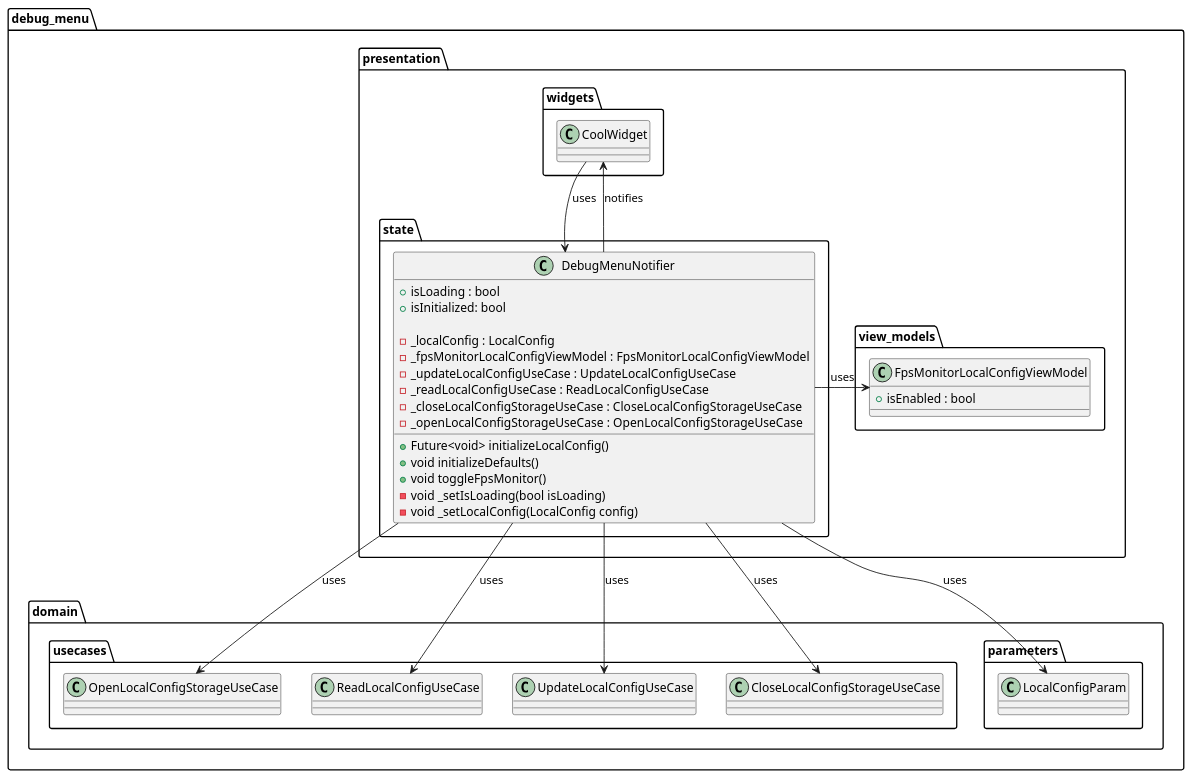
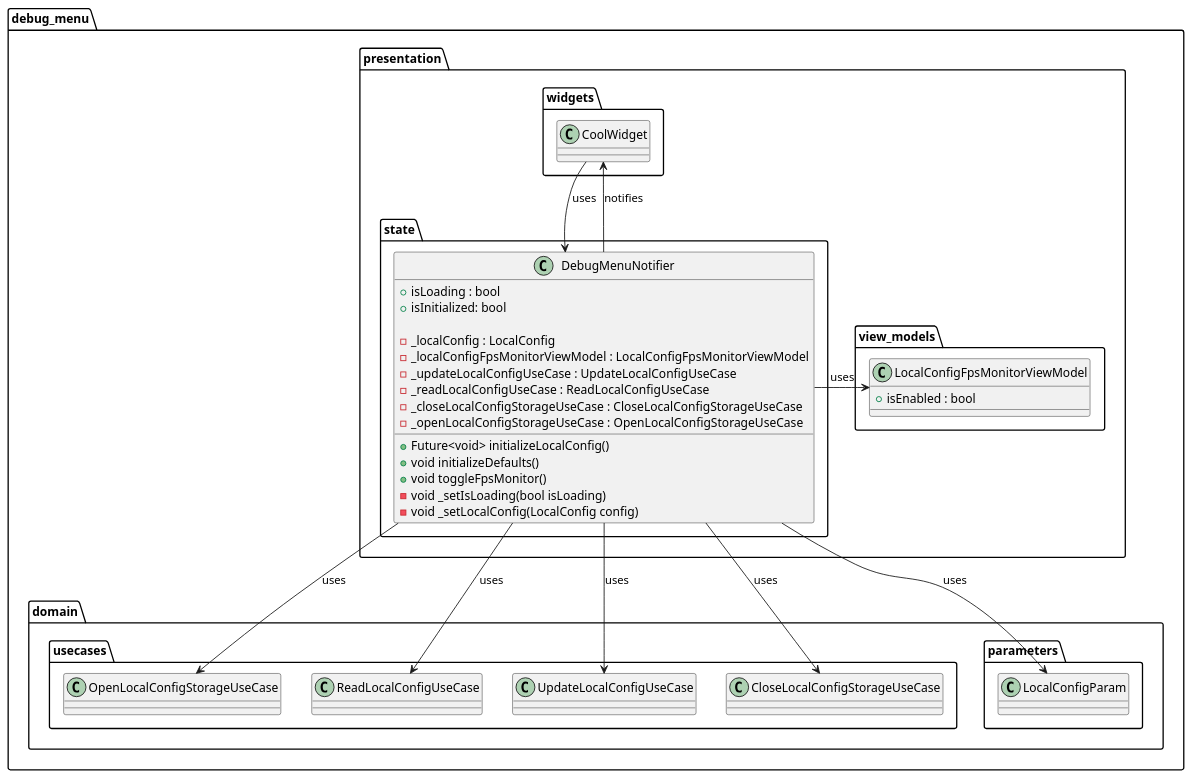
Before and after one commit to Flank/flank-dashboard: the diagram in metrics/web/docs/features/debug_menu/diagrams/debug_menu_presentation_layer_class_diagram.puml, drawn with PlantUML. The commit also changed 18 other files, not shown here.

```diff
--- a/metrics/web/docs/features/debug_menu/diagrams/debug_menu_presentation_layer_class_diagram.puml
+++ b/metrics/web/docs/features/debug_menu/diagrams/debug_menu_presentation_layer_class_diagram.puml
@@ -1,67 +1,67 @@
 @startuml debug_menu_presentation_layer_class_diagram
 
 package debug_menu {
         package domain {
             package usecases {
                 class OpenLocalConfigStorageUseCase {}
 
                 class ReadLocalConfigUseCase {}
 
                 class UpdateLocalConfigUseCase {}
 
                 class CloseLocalConfigStorageUseCase {}
             }
 
             package parameters {
                 class LocalConfigParam {}
             }
         }
 
         package presentation {
             package state {
                 class DebugMenuNotifier {
                     + isLoading : bool
                     + isInitialized: bool
 
                     - _localConfig : LocalConfig
-                    - _fpsMonitorLocalConfigViewModel : FpsMonitorLocalConfigViewModel
+                    - _localConfigFpsMonitorViewModel : LocalConfigFpsMonitorViewModel
                     - _updateLocalConfigUseCase : UpdateLocalConfigUseCase
                     - _readLocalConfigUseCase : ReadLocalConfigUseCase
                     - _closeLocalConfigStorageUseCase : CloseLocalConfigStorageUseCase
                     - _openLocalConfigStorageUseCase : OpenLocalConfigStorageUseCase
 
                     + Future<void> initializeLocalConfig()
                     + void initializeDefaults()
                     + void toggleFpsMonitor()
                     - void _setIsLoading(bool isLoading)
                     - void _setLocalConfig(LocalConfig config)
                 }
             }
 
             package view_models {
-                class FpsMonitorLocalConfigViewModel {
+                class LocalConfigFpsMonitorViewModel {
                     + isEnabled : bool
                 }
             }
 
             package widgets {
                 class CoolWidget {}
             }
         }
 }
 
-DebugMenuNotifier -right-> FpsMonitorLocalConfigViewModel : uses
+DebugMenuNotifier -right-> LocalConfigFpsMonitorViewModel : uses
 DebugMenuNotifier -down-> OpenLocalConfigStorageUseCase : uses
 DebugMenuNotifier -down-> ReadLocalConfigUseCase : uses
 DebugMenuNotifier -down-> UpdateLocalConfigUseCase : uses
 DebugMenuNotifier -down-> CloseLocalConfigStorageUseCase : uses
 DebugMenuNotifier -down-> LocalConfigParam : uses
 OpenLocalConfigStorageUseCase -right[hidden]-> ReadLocalConfigUseCase
 ReadLocalConfigUseCase -right[hidden]-> UpdateLocalConfigUseCase
 UpdateLocalConfigUseCase -right[hidden]-> CloseLocalConfigStorageUseCase
 CloseLocalConfigStorageUseCase -right[hidden]-> LocalConfigParam : uses
 
 CoolWidget -down-> DebugMenuNotifier : uses
 DebugMenuNotifier -up-> CoolWidget : notifies
 
 @enduml
```
